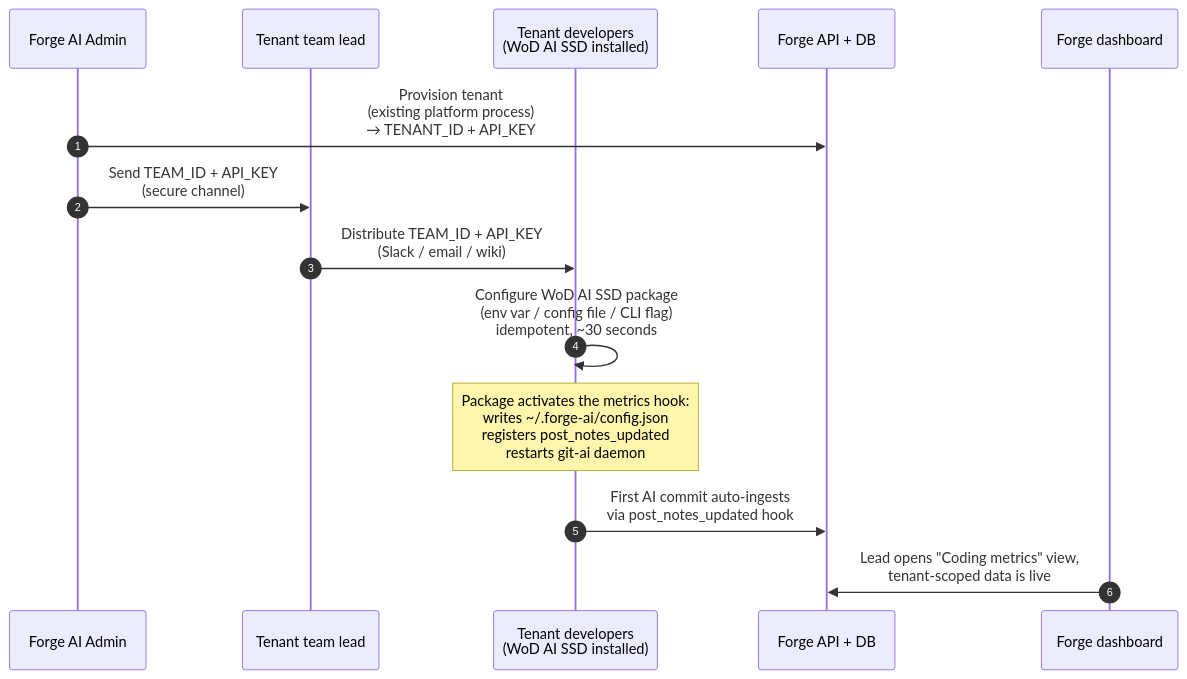
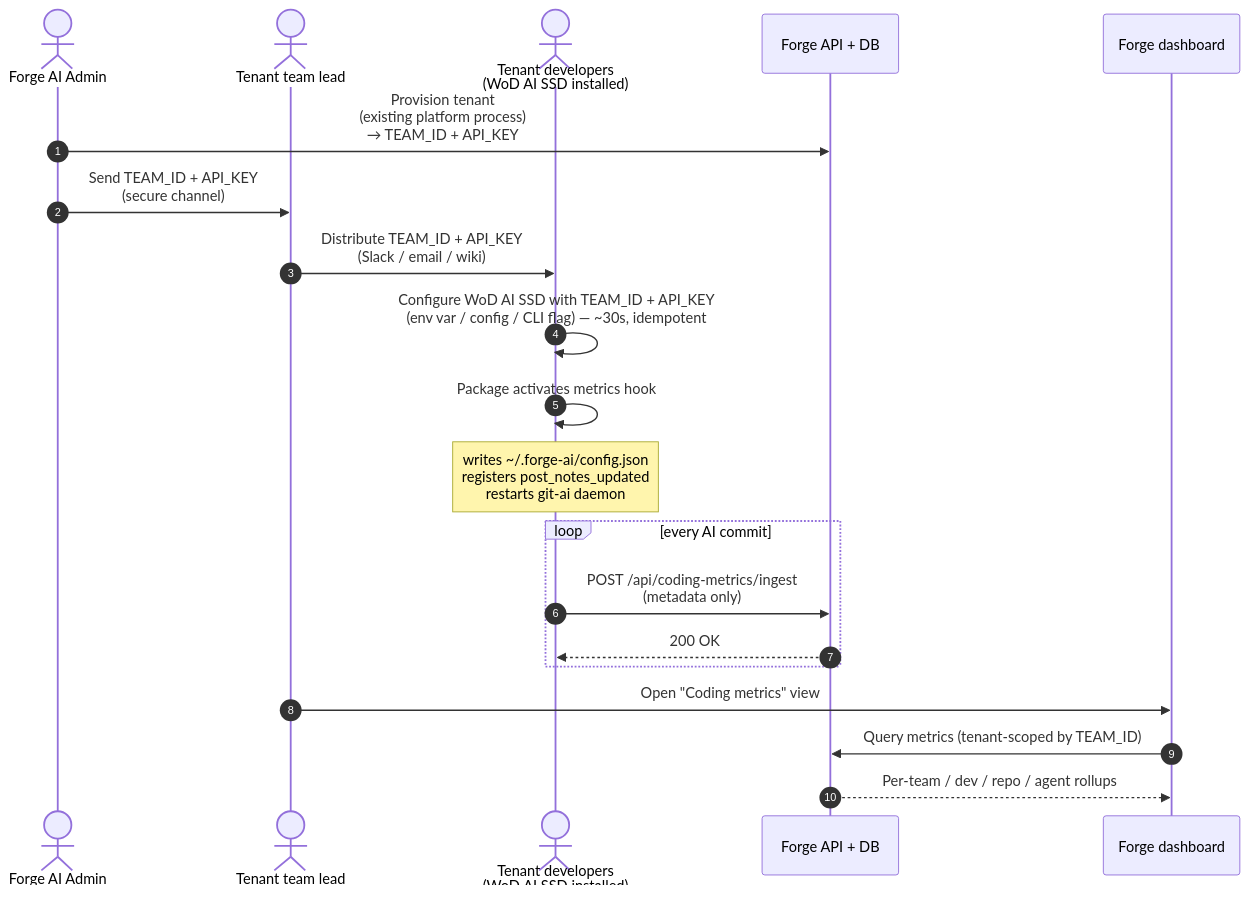
Before and after one commit to ShamsiievDmytro/metrics-architecture: the second of 2 diagrams in docs/forge-architecture-overview.md, drawn with Mermaid. The commit also changed other lines of this file, not shown here.

First line of the commit message:
docs(overview): align diagrams with content + standardize on TEAM_ID

````diff
--- a/docs/forge-architecture-overview.md
+++ b/docs/forge-architecture-overview.md
@@ -227,17 +227,23 @@
 ```mermaid
 sequenceDiagram
     autonumber
-    participant Admin as Forge AI Admin
-    participant Lead as Tenant team lead
-    participant Devs as Tenant developers<br/>(WoD AI SSD installed)
+    actor Admin as Forge AI Admin
+    actor Lead as Tenant team lead
+    actor Devs as Tenant developers<br/>(WoD AI SSD installed)
     participant Forge as Forge API + DB
     participant UI as Forge dashboard
 
-    Admin->>Forge: Provision tenant<br/>(existing platform process)<br/>→ TENANT_ID + API_KEY
+    Admin->>Forge: Provision tenant<br/>(existing platform process)<br/>→ TEAM_ID + API_KEY
     Admin->>Lead: Send TEAM_ID + API_KEY<br/>(secure channel)
     Lead->>Devs: Distribute TEAM_ID + API_KEY<br/>(Slack / email / wiki)
-    Devs->>Devs: Configure WoD AI SSD package<br/>(env var / config file / CLI flag)<br/>idempotent, ~30 seconds
-    Note over Devs: Package activates the metrics hook:<br/>writes ~/.forge-ai/config.json<br/>registers post_notes_updated<br/>restarts git-ai daemon
-    Devs->>Forge: First AI commit auto-ingests<br/>via post_notes_updated hook
-    UI->>Forge: Lead opens "Coding metrics" view,<br/>tenant-scoped data is live
+    Devs->>Devs: Configure WoD AI SSD with TEAM_ID + API_KEY<br/>(env var / config / CLI flag) — ~30s, idempotent
+    Devs->>Devs: Package activates metrics hook
+    Note over Devs: writes ~/.forge-ai/config.json<br/>registers post_notes_updated<br/>restarts git-ai daemon
+    loop every AI commit
+        Devs->>Forge: POST /api/coding-metrics/ingest<br/>(metadata only)
+        Forge-->>Devs: 200 OK
+    end
+    Lead->>UI: Open "Coding metrics" view
+    UI->>Forge: Query metrics (tenant-scoped by TEAM_ID)
+    Forge-->>UI: Per-team / dev / repo / agent rollups
 ```
````
